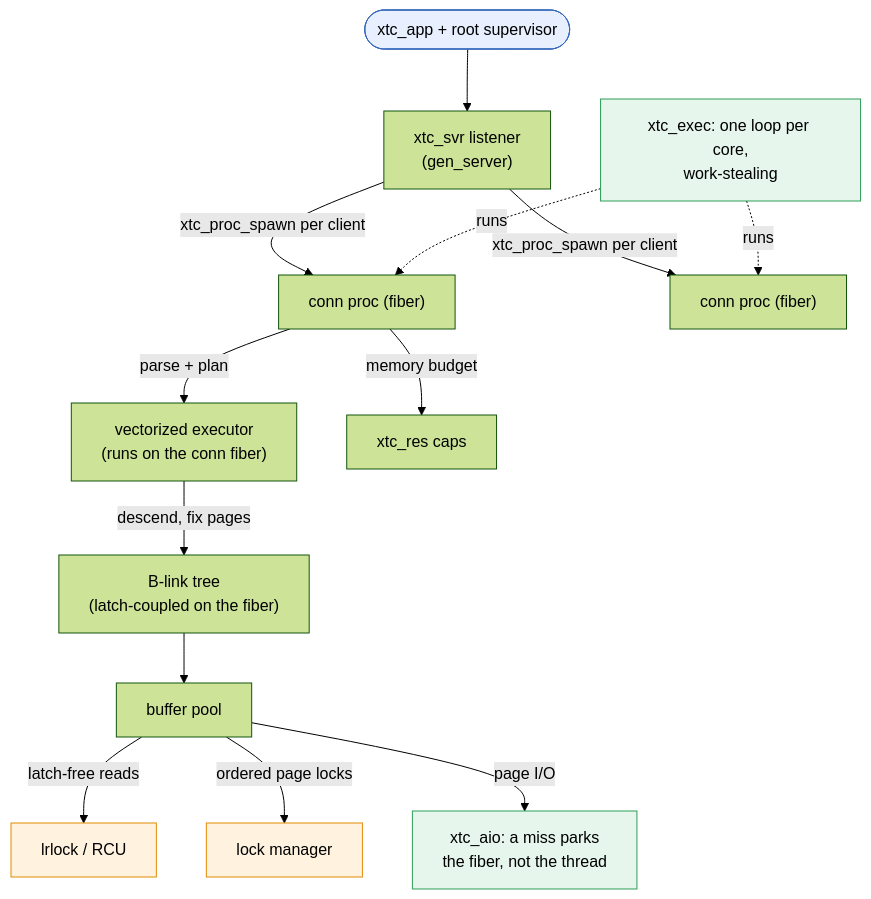
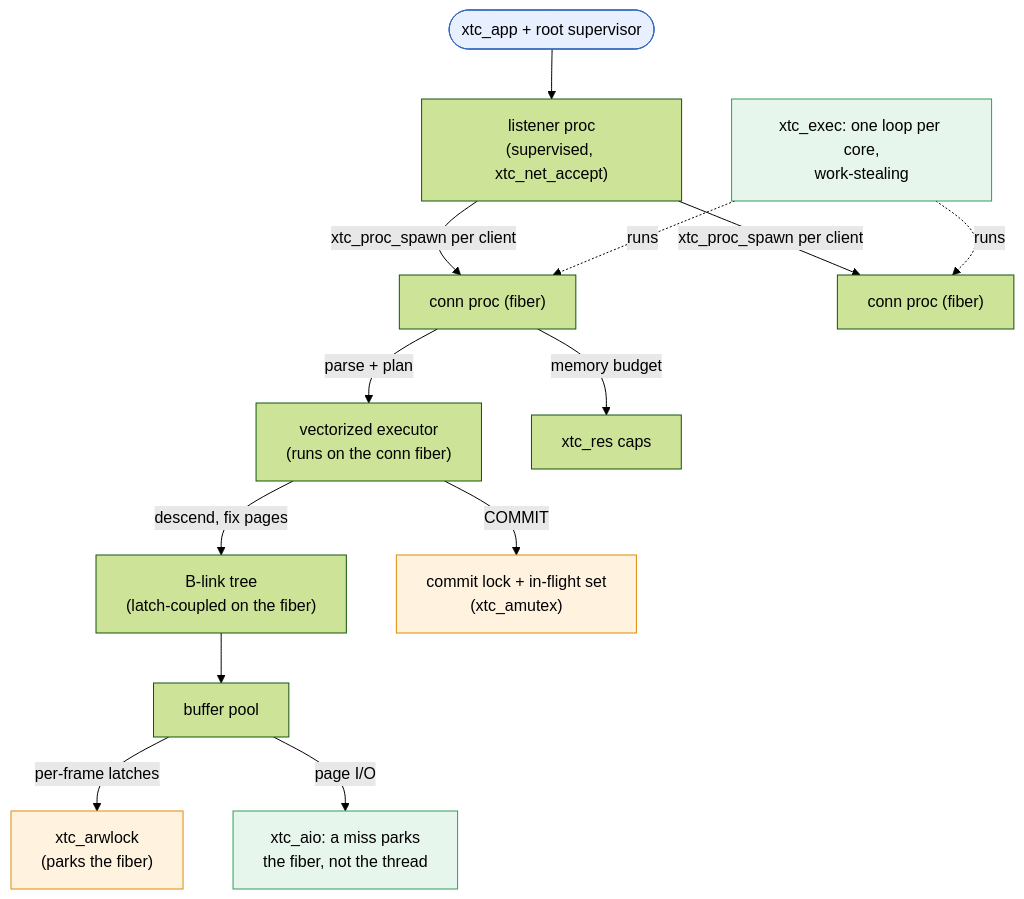
Before and after one commit to gburd/libxtc: the second of 2 diagrams in docs/examples/sqlxtc.md, drawn with Mermaid (forest theme). The commit also changed other lines of this file and 1 other file, not shown here.

````diff
--- a/docs/examples/sqlxtc.md
+++ b/docs/examples/sqlxtc.md
@@ -219,17 +276,17 @@
 ```mermaid
 flowchart TD
-    APP(["xtc_app + root supervisor"]):::sup --> SVR["xtc_svr listener<br/>(gen_server)"]
+    APP(["xtc_app + root supervisor"]):::sup --> SVR["listener proc<br/>(supervised, xtc_net_accept)"]
     SVR -->|xtc_proc_spawn per client| C1["conn proc (fiber)"]
     SVR -->|xtc_proc_spawn per client| C2["conn proc (fiber)"]
     EX["xtc_exec: one loop per core,<br/>work-stealing"]:::run -.->|runs| C1 & C2
     C1 -->|parse + plan| VX["vectorized executor<br/>(runs on the conn fiber)"]
     VX -->|descend, fix pages| BT["B-link tree<br/>(latch-coupled on the fiber)"]
     BT --> BM["buffer pool"]
-    BM -->|latch-free reads| LR["lrlock / RCU"]:::lock
-    BM -->|ordered page locks| LM["lock manager"]:::lock
+    BM -->|per-frame latches| LT["xtc_arwlock<br/>(parks the fiber)"]:::lock
+    VX -->|COMMIT| CL["commit lock + in-flight set<br/>(xtc_amutex)"]:::lock
     BM -->|page I/O| AIO["xtc_aio: a miss parks<br/>the fiber, not the thread"]:::run
     C1 -->|memory budget| RES["xtc_res caps"]
     classDef sup fill:#e8f0ff,stroke:#36b;
     classDef run fill:#e6f6ec,stroke:#2e9e57;
     classDef lock fill:#fff3e0,stroke:#e08a00;
 ```
````
